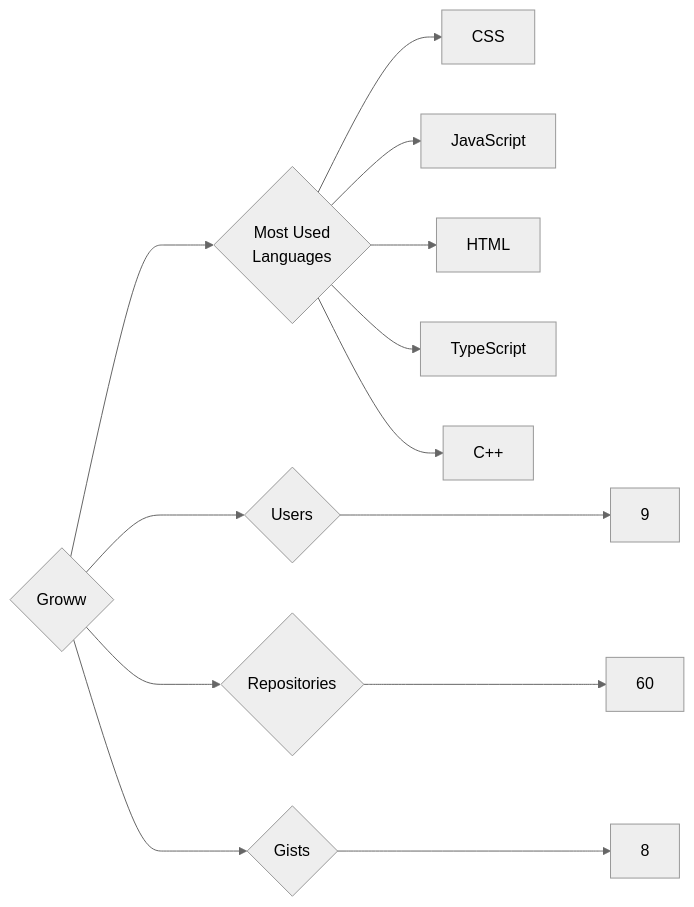
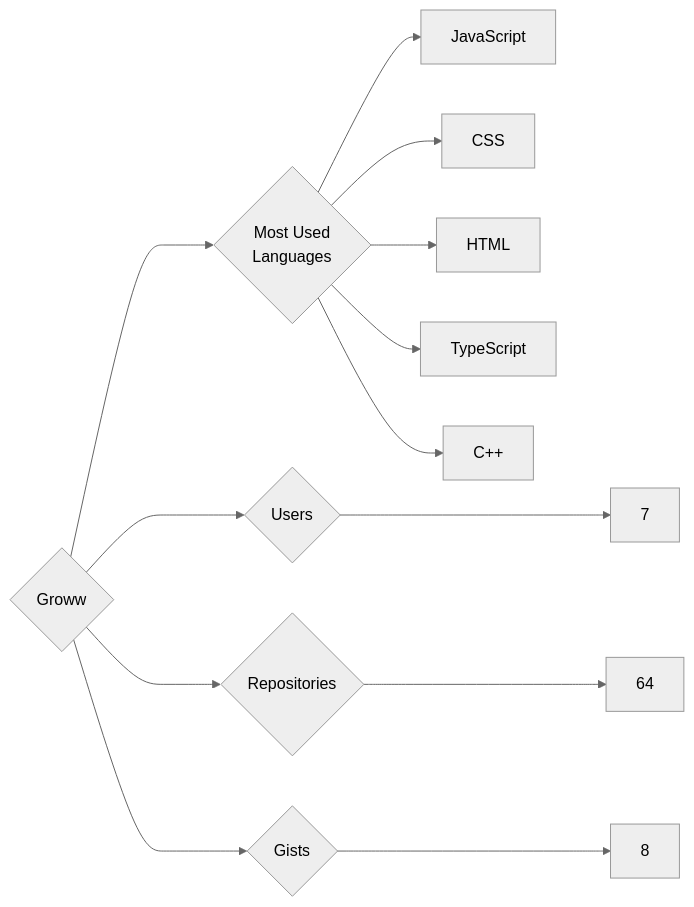
Before and after one commit to trickest/insiders: the diagram in targets/Groww/README.md, drawn with Mermaid (neutral theme). The commit also changed 783 other files, not shown here.

````diff
--- a/targets/Groww/README.md
+++ b/targets/Groww/README.md
@@ -3,13 +3,13 @@
 ```mermaid
 graph LR
 COMPANY_NAME{Groww}
-COMPANY_NAME ---> U{Users} ---> UN[9]
-COMPANY_NAME ---> R{Repositories} ---> RN[60]
+COMPANY_NAME ---> U{Users} ---> UN[7]
+COMPANY_NAME ---> R{Repositories} ---> RN[64]
 COMPANY_NAME ---> G{Gists} ---> GN[8]
 COMPANY_NAME ---> ML{Most Used<br>Languages}
+ML --> JavaScript[JavaScript]
 ML --> CSS[CSS]
-ML --> JavaScript[JavaScript]
 ML --> HTML[HTML]
 ML --> TypeScript[TypeScript]
 ML --> C++[C++]
 ```
````
